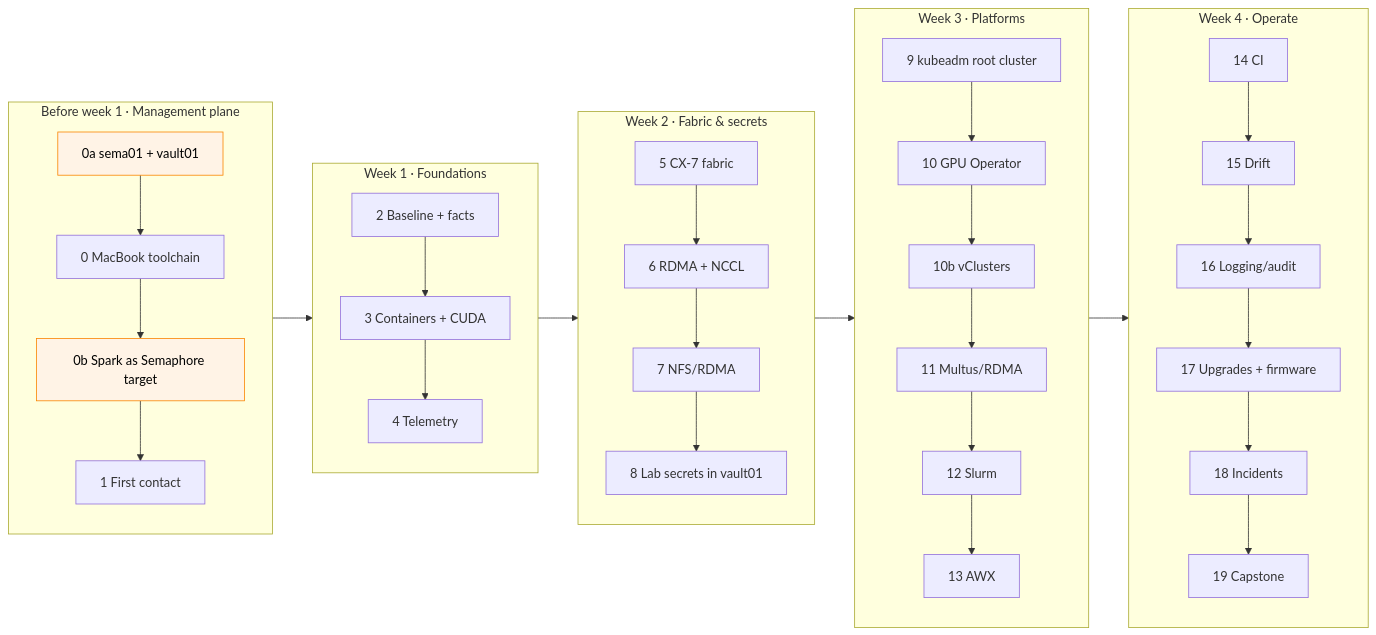
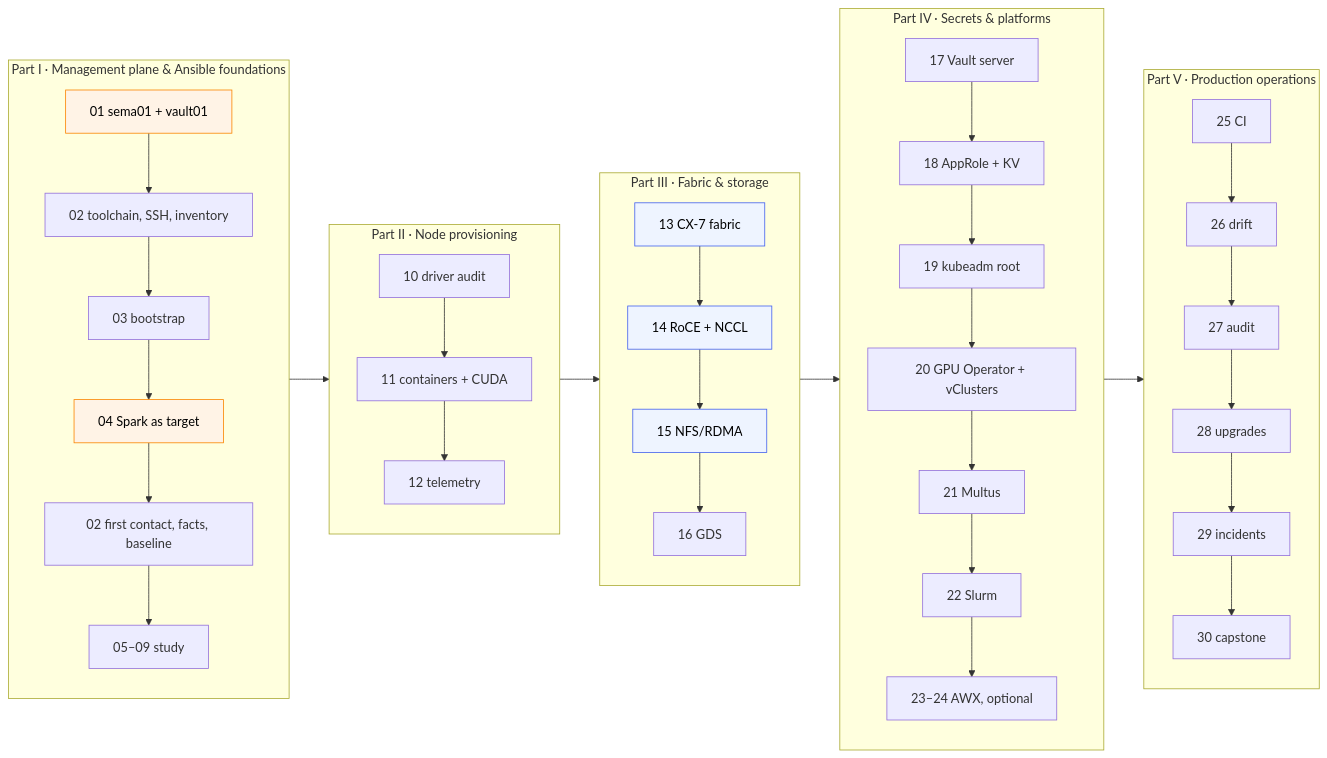
The diagram in 01 Ansible/00-ansible-step-by-step-guide.md (cloudone365/technical-depth), drawn with Mermaid before and after one commit. The commit also changed other lines of this file and 92 other files, not shown here.

````diff
--- a/01 Ansible/00-ansible-step-by-step-guide.md
+++ b/01 Ansible/00-ansible-step-by-step-guide.md
@@ -5,21 +69,23 @@
 ```mermaid
 flowchart LR
-  subgraph W0["Before week 1 · Management plane"]
-    Z0[0a sema01 + vault01] --> Z1[0 MacBook toolchain] --> Z3[0b Spark as Semaphore target] --> Z2[1 First contact]
+  subgraph P1["Part I · Management plane & Ansible foundations"]
+    S01[01 sema01 + vault01] --> S02a[02 toolchain, SSH, inventory] --> S03[03 bootstrap] --> S04[04 Spark as target] --> S02b[02 first contact, facts, baseline] --> S05[05–09 study]
   end
-  subgraph W1["Week 1 · Foundations"]
-    A2[2 Baseline + facts] --> A3[3 Containers + CUDA] --> A4[4 Telemetry]
+  subgraph P2["Part II · Node provisioning"]
+    S10[10 driver audit] --> S11[11 containers + CUDA] --> S12[12 telemetry]
   end
-  subgraph W2["Week 2 · Fabric & secrets"]
-    B1[5 CX-7 fabric] --> B2[6 RDMA + NCCL] --> B3[7 NFS/RDMA] --> B4[8 Lab secrets in vault01]
+  subgraph P3["Part III · Fabric & storage"]
+    S13[13 CX-7 fabric] --> S14[14 RoCE + NCCL] --> S15[15 NFS/RDMA] --> S16[16 GDS]
   end
-  subgraph W3["Week 3 · Platforms"]
-    C1[9 kubeadm root cluster] --> C2[10 GPU Operator] --> C2b[10b vClusters] --> C3[11 Multus/RDMA] --> C4[12 Slurm] --> C5[13 AWX]
+  subgraph P4["Part IV · Secrets & platforms"]
+    S17[17 Vault server] --> S18[18 AppRole + KV] --> S19[19 kubeadm root] --> S20[20 GPU Operator + vClusters] --> S21[21 Multus] --> S22[22 Slurm] --> S23[23–24 AWX, optional]
   end
-  subgraph W4["Week 4 · Operate"]
-    D1[14 CI] --> D2[15 Drift] --> D3[16 Logging/audit] --> D4[17 Upgrades + firmware] --> D5[18 Incidents] --> D6[19 Capstone]
+  subgraph P5["Part V · Production operations"]
+    S25[25 CI] --> S26[26 drift] --> S27[27 audit] --> S28[28 upgrades] --> S29[29 incidents] --> S30[30 capstone]
   end
-  W0 --> W1 --> W2 --> W3 --> W4
+  P1 --> P2 --> P3 --> P4 --> P5
   classDef mgmt fill:#fff3e6,stroke:#fb8500,color:#000
-  class Z0,Z3 mgmt
+  classDef two fill:#eef4ff,stroke:#4361ee,color:#000
+  class S01,S04 mgmt
+  class S13,S14,S15 two
 ```
````
